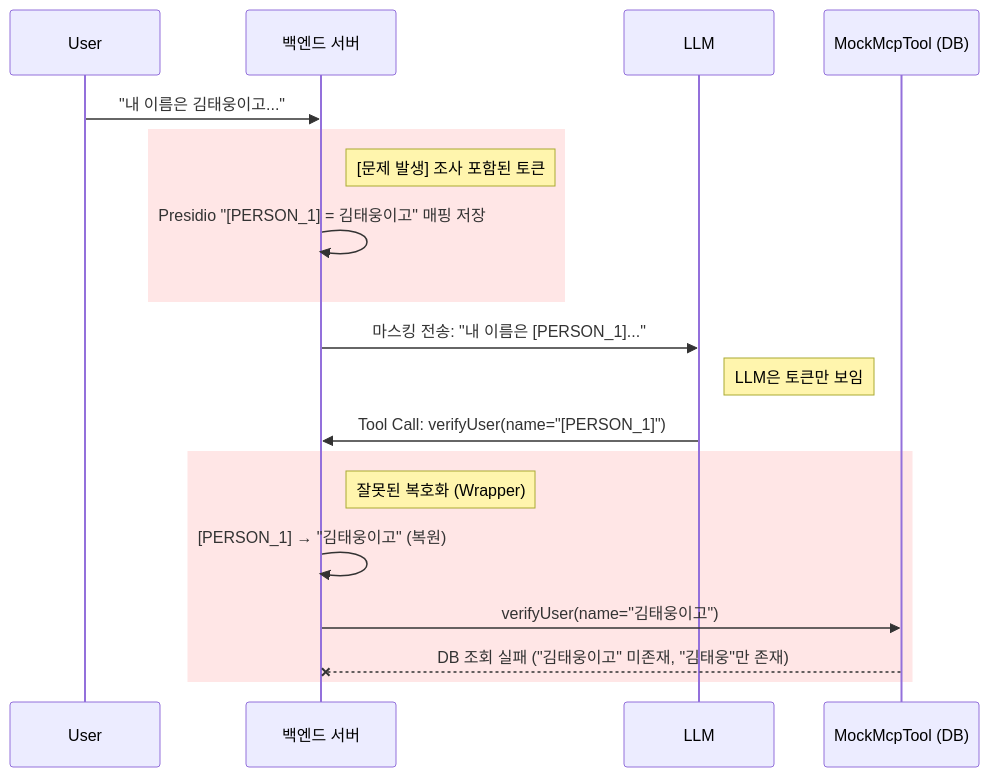
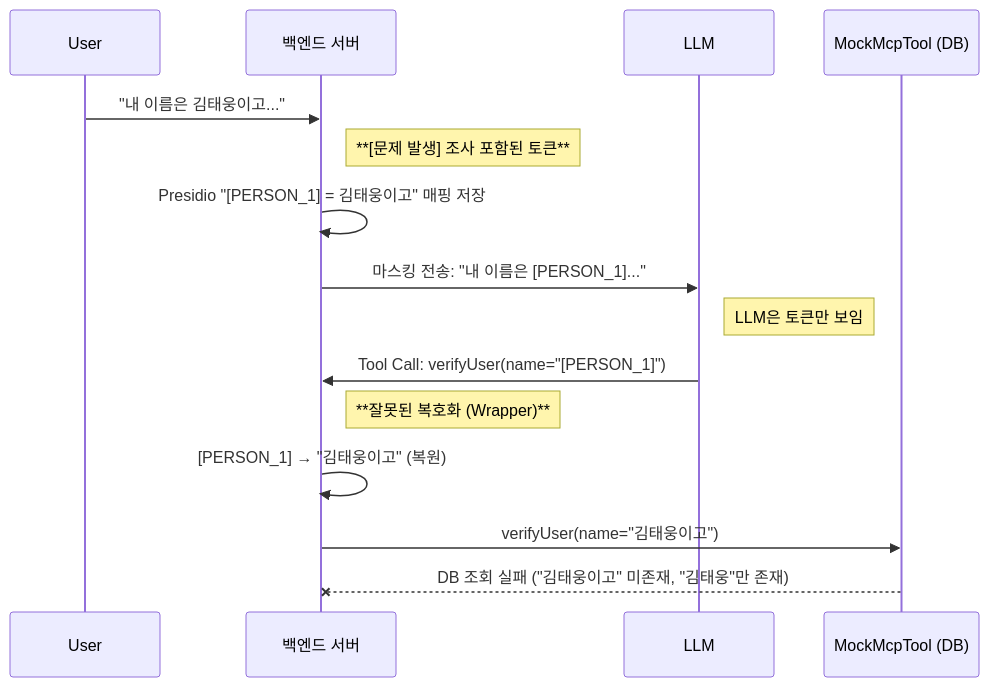
One commit to ultramancode/spring-ai-guardrail-poc changed the fourth of 6 diagrams in README.md. Above: the diagram before and after it, drawn with Mermaid. The commit also changed other lines of this file, not shown here.

Commit message:
docs: README UML 다크모드 가독성 개선

````diff
--- a/README.md
+++ b/README.md
@@ -320,26 +310,22 @@
 ```mermaid
 sequenceDiagram
     participant User
     participant Backend as 백엔드 서버
     participant LLM
     participant MockTool as MockMcpTool (DB)
 
     User->>Backend: "내 이름은 김태웅이고..."
     
-    rect rgb(255, 230, 230)
-    Note right of Backend: [문제 발생] 조사 포함된 토큰
+    Note right of Backend: **[문제 발생] 조사 포함된 토큰**
     Backend->>Backend: Presidio "[PERSON_1] = 김태웅이고" 매핑 저장
-    end
     
     Backend->>LLM: 마스킹 전송: "내 이름은 [PERSON_1]..."
     
     Note right of LLM: LLM은 토큰만 보임
     LLM->>Backend: Tool Call: verifyUser(name="[PERSON_1]")
     
-    rect rgb(255, 230, 230)
-    Note right of Backend: 잘못된 복호화 (Wrapper)
+    Note right of Backend: **잘못된 복호화 (Wrapper)**
     Backend->>Backend: [PERSON_1] → "김태웅이고" (복원)
     Backend->>MockTool: verifyUser(name="김태웅이고")
     MockTool--xBackend: DB 조회 실패 ("김태웅이고" 미존재, "김태웅"만 존재)
-    end
 ```
````
